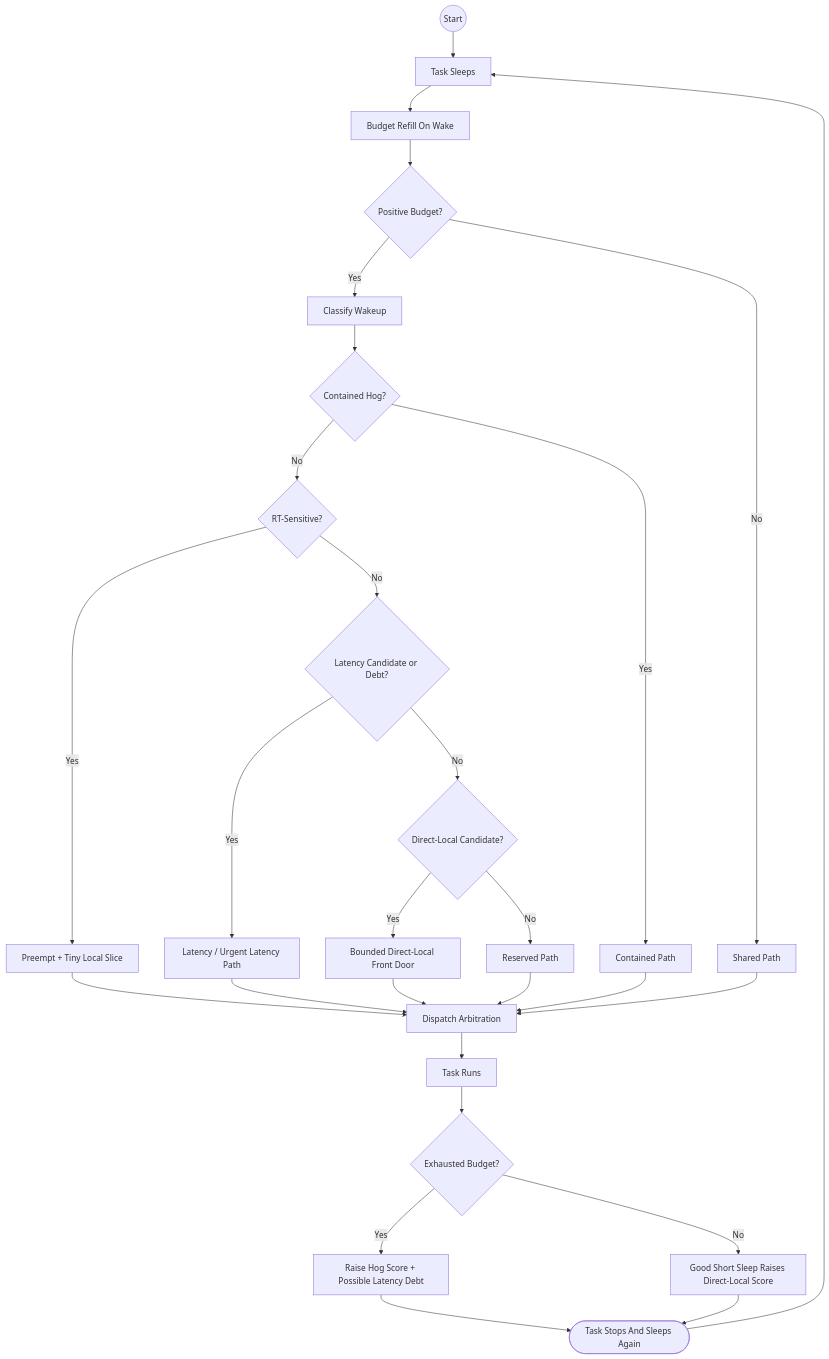
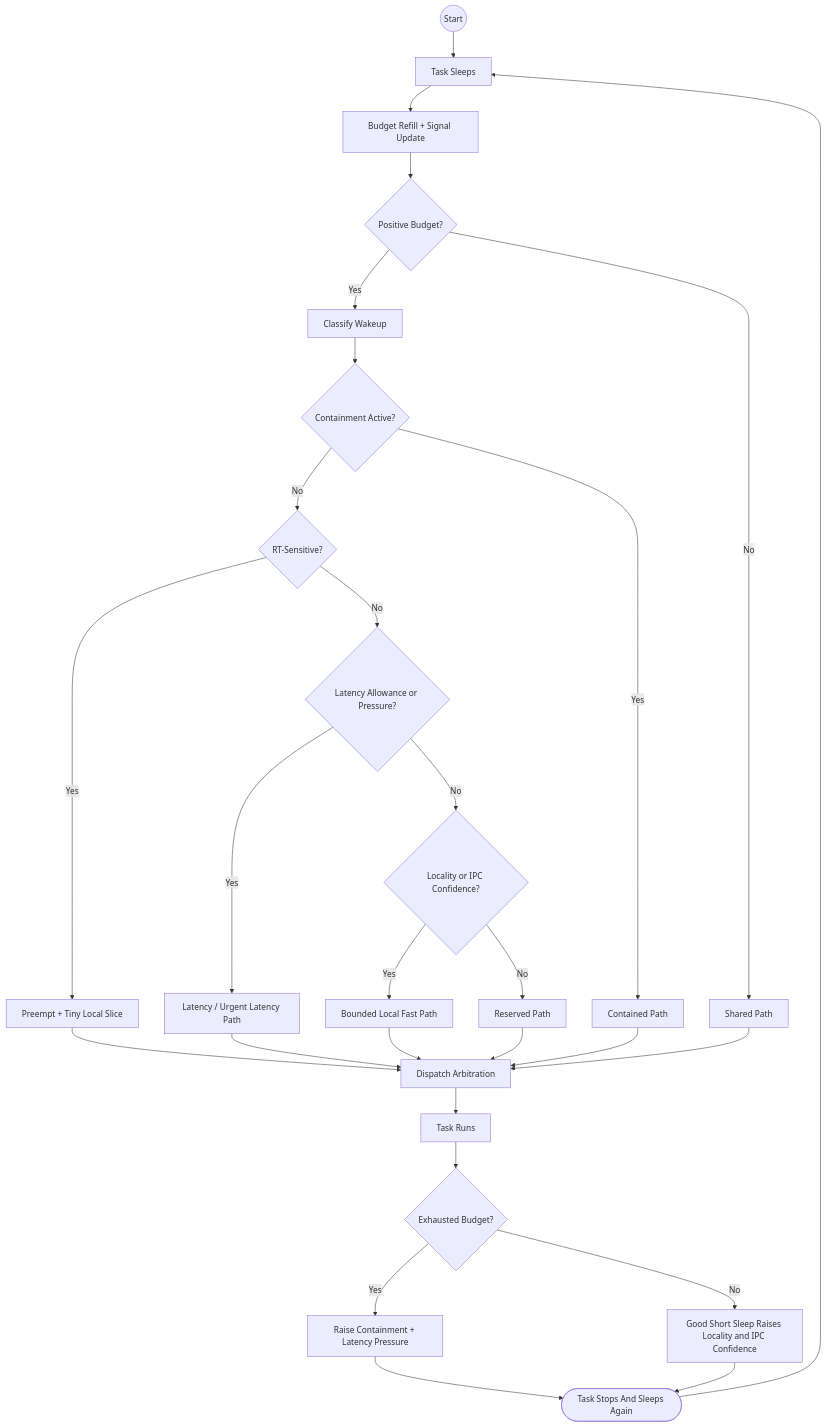
Before and after one commit to galpt/testing-scx_flow: the diagram in README.md, drawn with Mermaid. The commit also changed other lines of this file and 67 other files, not shown here.

````diff
--- a/README.md
+++ b/README.md
@@ -29,39 +26,39 @@
 ```mermaid
 flowchart TD
     Start((Start)) --> A[Task Sleeps]
-    A --> B[Budget Refill On Wake]
+    A --> B[Budget Refill + Signal Update]
     B --> C{Positive Budget?}
 
     C -- No --> S[Shared Path]
     C -- Yes --> D[Classify Wakeup]
 
-    D --> E{Contained Hog?}
+    D --> E{Containment Active?}
     E -- Yes --> F[Contained Path]
     E -- No --> G{RT-Sensitive?}
 
     G -- Yes --> H[Preempt + Tiny Local Slice]
-    G -- No --> I{Latency Candidate or Debt?}
+    G -- No --> I{Latency Allowance or Pressure?}
 
     I -- Yes --> J[Latency / Urgent Latency Path]
-    I -- No --> K{Direct-Local Candidate?}
+    I -- No --> K{Locality or IPC Confidence?}
 
-    K -- Yes --> L[Bounded Direct-Local Front Door]
+    K -- Yes --> L[Bounded Local Fast Path]
     K -- No --> M[Reserved Path]
 
     H --> N[Dispatch Arbitration]
     J --> N
     L --> N
     M --> N
     F --> N
     S --> N
 
     N --> O[Task Runs]
     O --> P{Exhausted Budget?}
 
-    P -- Yes --> Q[Raise Hog Score + Possible Latency Debt]
-    P -- No --> R[Good Short Sleep Raises Direct-Local Score]
+    P -- Yes --> Q[Raise Containment + Latency Pressure]
+    P -- No --> R[Good Short Sleep Raises Locality and IPC Confidence]
 
     Q --> EndCycle([Task Stops And Sleeps Again])
     R --> EndCycle
     EndCycle --> A
 ```
````
